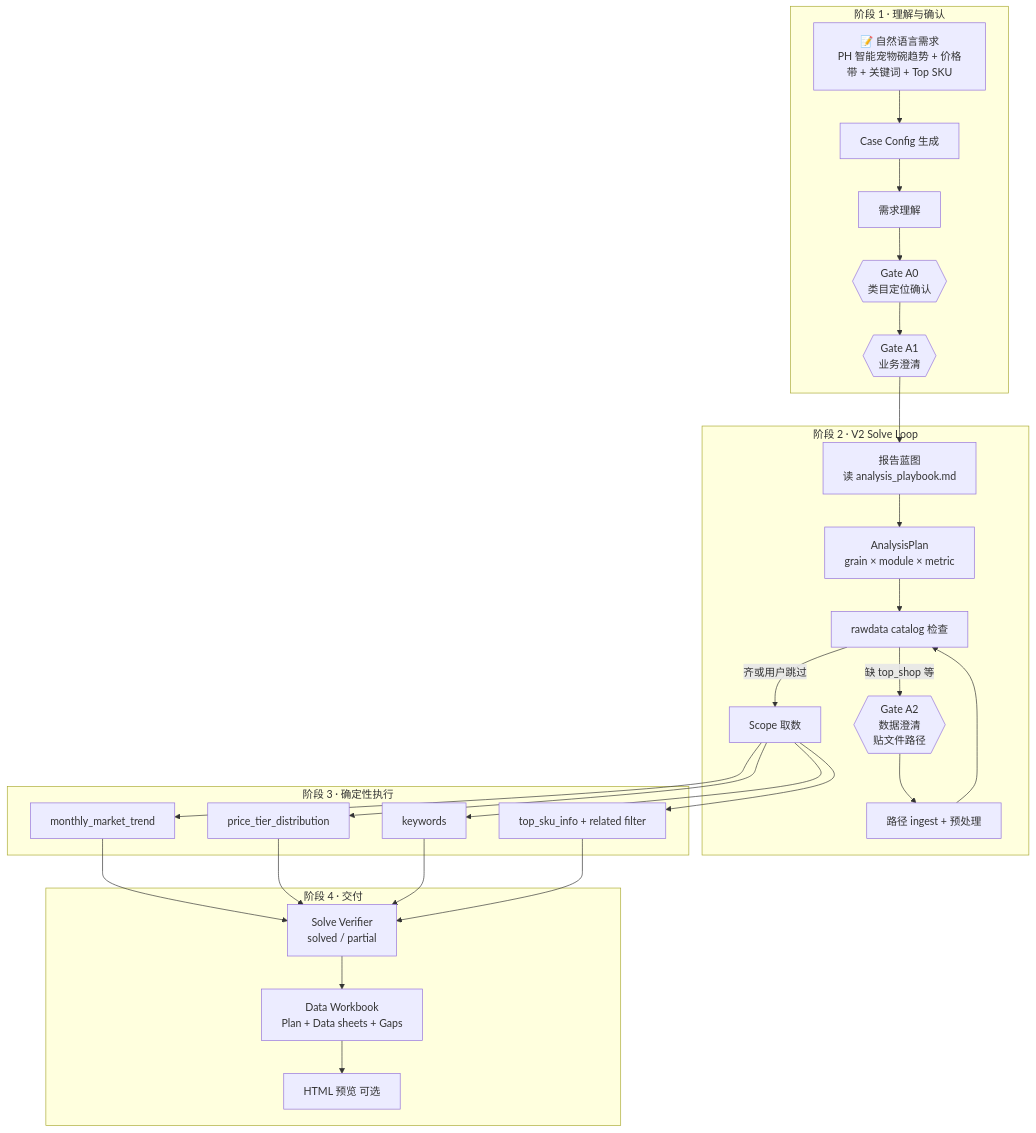
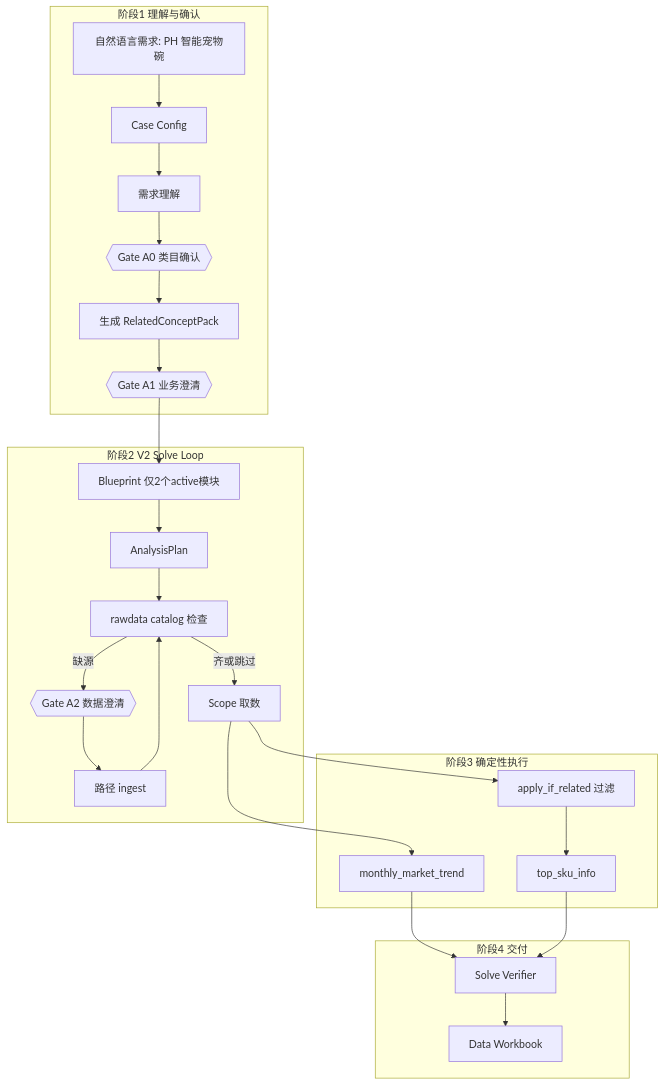
Before and after one commit to coco20020806/CateMate-Version-1.0-: the first of 2 diagrams in README.md, drawn with Mermaid. The commit also changed other lines of this file and 47 other files, not shown here.

Commit message:
release(v1.1.0): gate solve loop to 2 active modules and add if_related filtering.

````diff
--- a/README.md
+++ b/README.md
@@ -111,40 +111,41 @@
 ```mermaid
 flowchart TB
-  IN["📝 自然语言需求<br/>PH 智能宠物碗趋势 + 价格带 + 关键词 + Top SKU"]
+  IN["自然语言需求: PH 智能宠物碗"]
 
-  subgraph phase1 [阶段 1 · 理解与确认]
-    CC[Case Config 生成]
+  subgraph phase1 [阶段1 理解与确认]
+    CC[Case Config]
     UG[需求理解]
-    G0{{Gate A0<br/>类目定位确认}}
-    G1{{Gate A1<br/>业务澄清}}
-    IN --> CC --> UG --> G0 --> G1
+    G0{{Gate A0 类目确认}}
+    CP[生成 RelatedConceptPack]
+    G1{{Gate A1 业务澄清}}
+    IN --> CC --> UG --> G0 --> CP --> G1
   end
 
-  subgraph phase2 [阶段 2 · V2 Solve Loop]
-    BP[报告蓝图<br/>读 analysis_playbook.md]
-    AP[AnalysisPlan<br/>grain × module × metric]
+  subgraph phase2 [阶段2 V2 Solve Loop]
+    BP["Blueprint 仅2个active模块"]
+    AP[AnalysisPlan]
     CK[rawdata catalog 检查]
-    G2{{Gate A2<br/>数据澄清<br/>贴文件路径}}
+    G2{{Gate A2 数据澄清}}
     BP --> AP --> CK
-    CK -->|缺 top_shop 等| G2 --> INGEST[路径 ingest + 预处理] --> CK
-    CK -->|齐或用户跳过| EXEC
+    CK -->|缺源| G2 --> INGEST[路径 ingest] --> CK
+    CK -->|齐或跳过| EXEC
   end
 
-  subgraph phase3 [阶段 3 · 确定性执行]
+  subgraph phase3 [阶段3 确定性执行]
     EXEC[Scope 取数]
+    IFR[apply_if_related 过滤]
     M1[monthly_market_trend]
-    M2[price_tier_distribution]
-    M3[keywords]
-    M4[top_sku_info + related filter]
-    EXEC --> M1 & M2 & M3 & M4
+    M2[top_sku_info]
+    EXEC --> IFR --> M2
+    EXEC --> M1
   end
 
-  subgraph phase4 [阶段 4 · 交付]
-    VF[Solve Verifier<br/>solved / partial]
-    DWB[Data Workbook<br/>Plan + Data sheets + Gaps]
-    HTML[HTML 预览 可选]
-    M1 & M2 & M3 & M4 --> VF --> DWB --> HTML
+  subgraph phase4 [阶段4 交付]
+    VF[Solve Verifier]
+    DWB[Data Workbook]
+    G1 --> BP
+    M1 --> VF
+    M2 --> VF
+    VF --> DWB
   end
-
-  G1 --> BP
 ```
````
